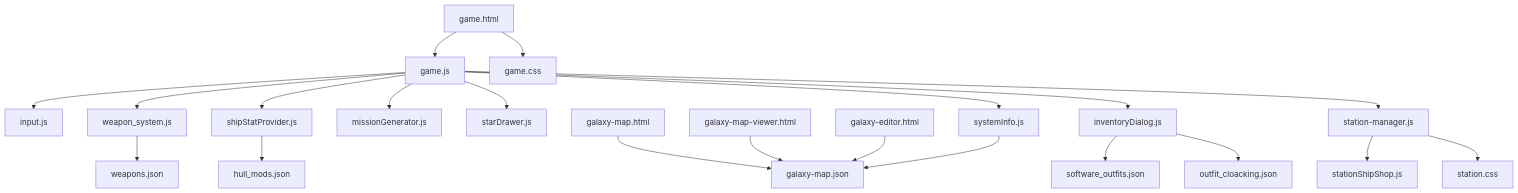
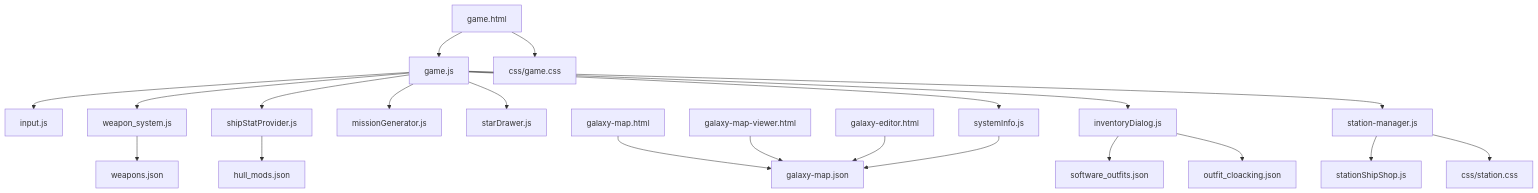
One commit to ValerioCietto/spaceFighter changed the diagram in game/readme.md. Above: the diagram before and after it, drawn with Mermaid. The commit also changed other lines of this file and 10 other files, not shown here.

````diff
--- a/game/readme.md
+++ b/game/readme.md
@@ -86,26 +86,26 @@
 ```mermaid
 flowchart TD
     GH[game.html] --> GJ[game.js]
-    GH --> GC[game.css]
+    GH --> GC[css/game.css]
     GJ --> IN[input.js]
     GJ --> WS[weapon_system.js]
     GJ --> SP[shipStatProvider.js]
     GJ --> MG[missionGenerator.js]
     GJ --> SD[starDrawer.js]
     GJ --> SI[systemInfo.js]
     GJ --> ID[inventoryDialog.js]
     GJ --> SM[station-manager.js]
 
     WS --> WJSON[weapons.json]
     SP --> HJSON[hull_mods.json]
     ID --> SOJSON[software_outfits.json]
     ID --> OCJSON[outfit_cloacking.json]
 
     SM --> SSC[stationShipShop.js]
-    SM --> STC[station.css]
+    SM --> STC[css/station.css]
 
     GMH[galaxy-map.html] --> GMJSON[galaxy-map.json]
     GMV[galaxy-map-viewer.html] --> GMJSON
     GME[galaxy-editor.html] --> GMJSON
     SI --> GMJSON
 ```
````
